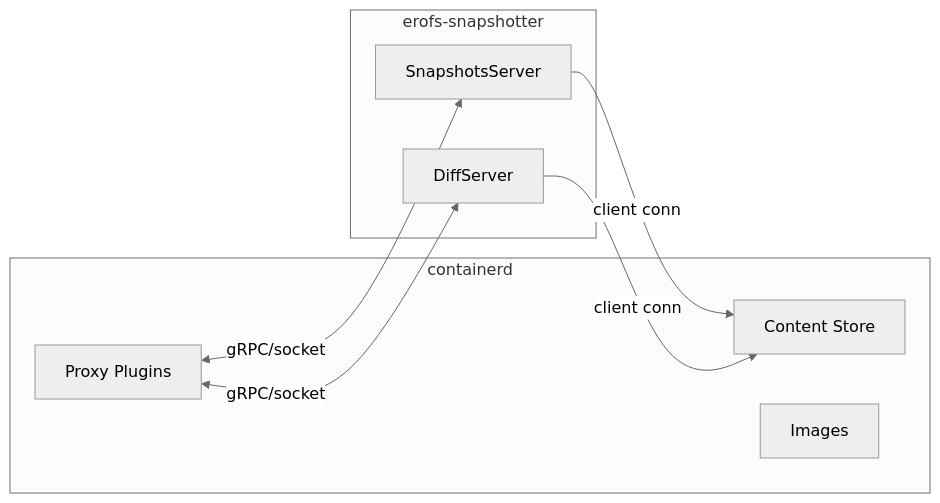
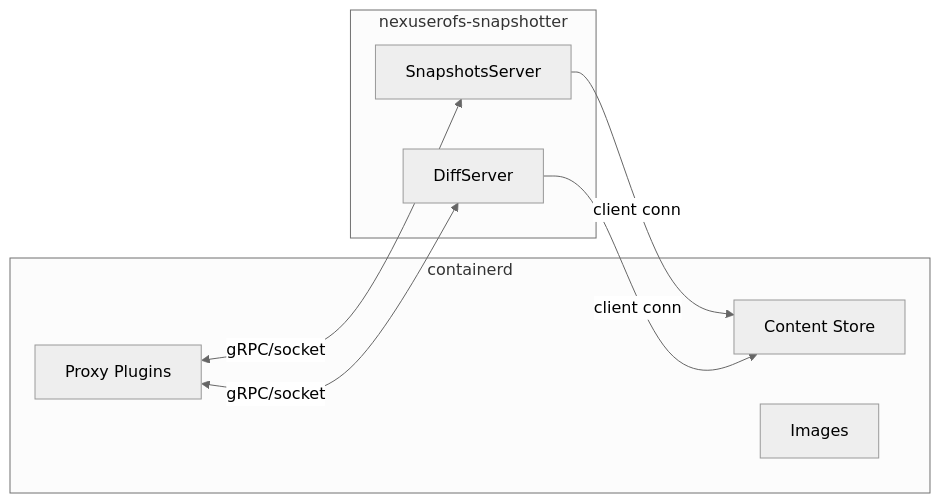
The diagram in README.md (aledbf/nexus-erofs), drawn with Mermaid (neutral theme) before and after one commit. The commit also changed other lines of this file and 5 other files, not shown here.

Commit message:
Update configuration and naming for Nexus EROFS snapshotter

````diff
--- a/README.md
+++ b/README.md
@@ -11,18 +11,18 @@
 ```mermaid
 flowchart LR
     subgraph containerd
         CS[Content Store]
         IM[Images]
         PP[Proxy Plugins]
     end
 
-    subgraph erofs-snapshotter
+    subgraph nexuserofs-snapshotter
         SS[SnapshotsServer]
         DS[DiffServer]
     end
 
     PP <-->|gRPC/socket| SS
     PP <-->|gRPC/socket| DS
     SS -->|client conn| CS
     DS -->|client conn| CS
 ```
````
